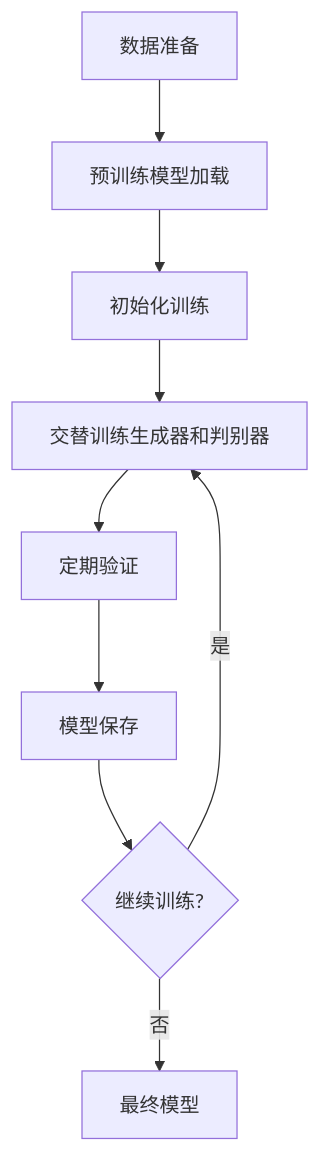
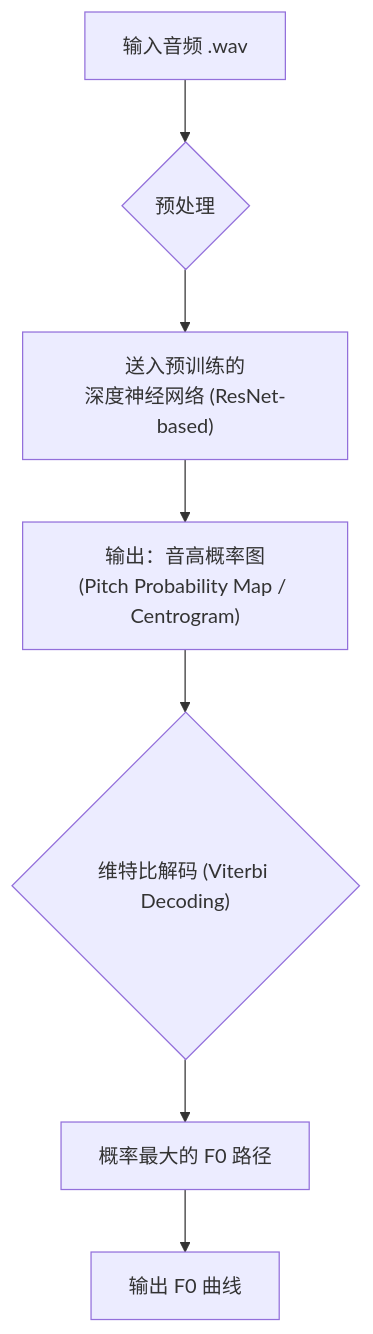
One commit to liqilun1008/sovitsvrc changed the second of 2 diagrams in README.md. Above: the diagram before and after it, drawn with Mermaid. The commit also changed other lines of this file, not shown here.

````diff
--- a/README.md
+++ b/README.md
@@ -315,11 +54,9 @@
 ```mermaid
 graph TD
-    A[数据准备] --> B[预训练模型加载]
-    B --> C[初始化训练]
-    C --> D[交替训练生成器和判别器]
-    D --> E[定期验证]
-    E --> F[模型保存]
-    F --> G{继续训练?}
-    G -- 是 --> D
-    G -- 否 --> H[最终模型]
+    A[输入音频 .wav] --> B{"预处理"};
+    B --> C["送入预训练的<br>深度神经网络 (ResNet-based)"];
+    C --> D["输出：音高概率图<br>(Pitch Probability Map / Centrogram)"];
+    D --> E{"维特比解码 (Viterbi Decoding)"};
+    E --> F[概率最大的 F0 路径];
+    F --> G[输出 F0 曲线];
 ```
````
